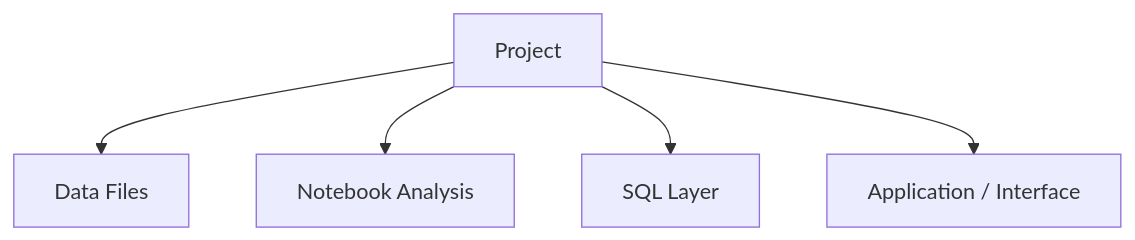
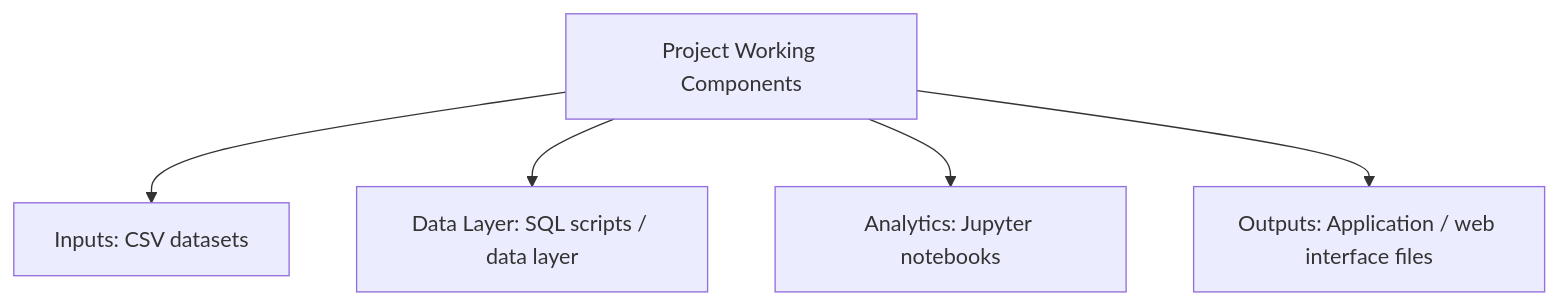
One commit to gawandeshil03-ops/healthcare-insurance-claims-analytics-portfolio changed the diagram in README.md. Above: the diagram before and after it, drawn with Mermaid. The commit also changed other lines of this file, not shown here.

````diff
--- a/README.md
+++ b/README.md
@@ -26,8 +30,8 @@
 ```mermaid
 flowchart TD
-    P["Project"]
-    P --> N0["Data Files"]
-    P --> N1["Notebook Analysis"]
-    P --> N2["SQL Layer"]
-    P --> N3["Application / Interface"]
+    P["Project Working Components"]
+    P --> G1["Inputs: CSV datasets"]
+    P --> G2["Data Layer: SQL scripts / data layer"]
+    P --> G3["Analytics: Jupyter notebooks"]
+    P --> G4["Outputs: Application / web interface files"]
 ```
````
